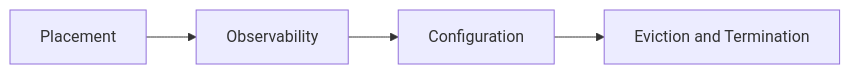
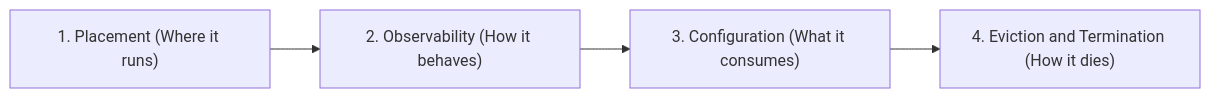
One commit to kmashour/BrainDump changed the first of 3 diagrams in Reference Notes/14_scheduling_logging_and_lifecycle.md. Above: the diagram before and after it, drawn with Mermaid. The commit also changed 15 other files, not shown here.

Commit message:
docs: restore detailed informative mermaid diagrams replacing ampersands with 'and'

````diff
--- a/Reference Notes/14_scheduling_logging_and_lifecycle.md
+++ b/Reference Notes/14_scheduling_logging_and_lifecycle.md
@@ -11,6 +11,6 @@
 ```mermaid
 graph LR
-    A["Placement"] --> B["Observability"]
-    B --> C["Configuration"]
-    C --> D["Eviction and Termination"]
+    A["1. Placement (Where it runs)"] --> B["2. Observability (How it behaves)"]
+    B --> C["3. Configuration (What it consumes)"]
+    C --> D["4. Eviction and Termination (How it dies)"]
 ```
````
